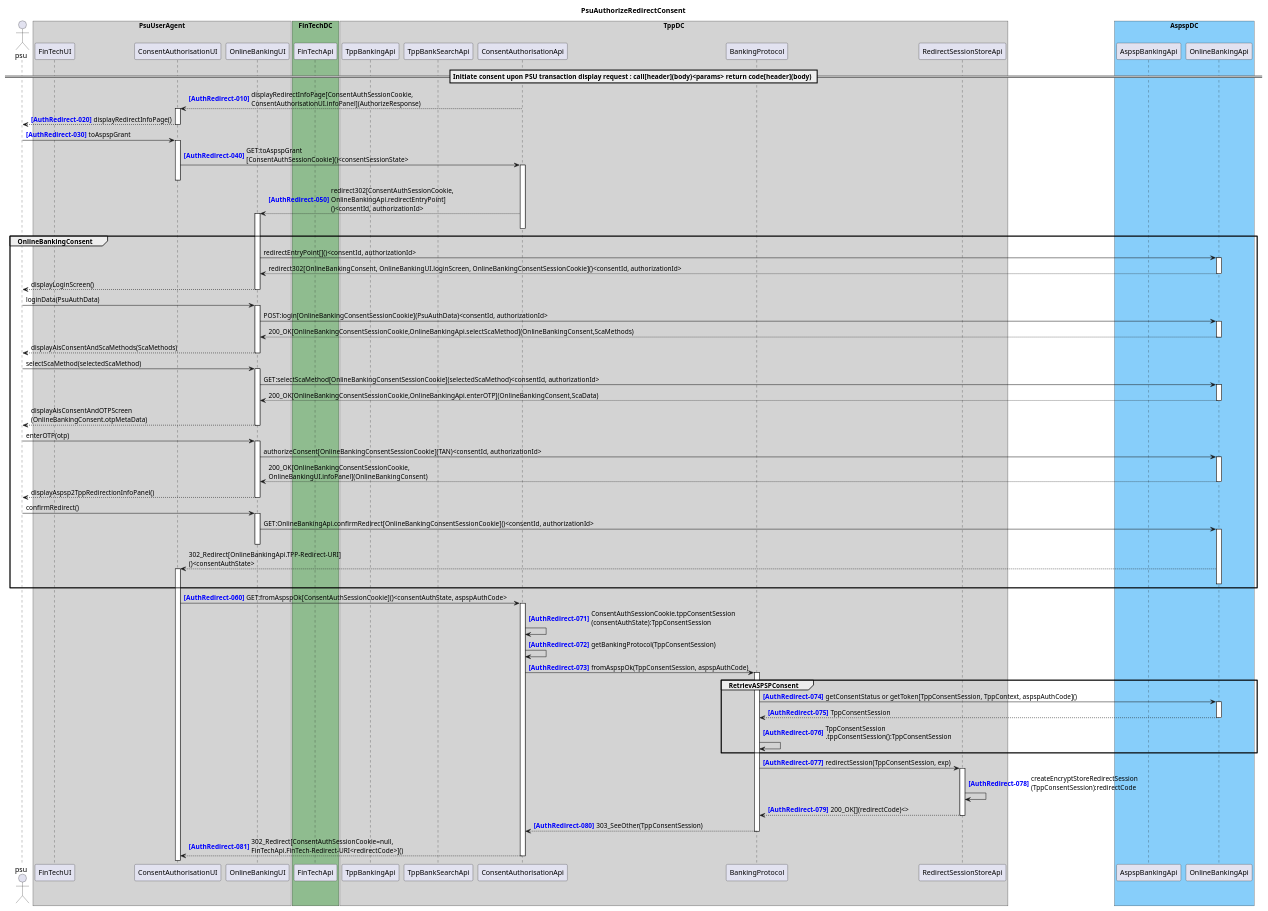
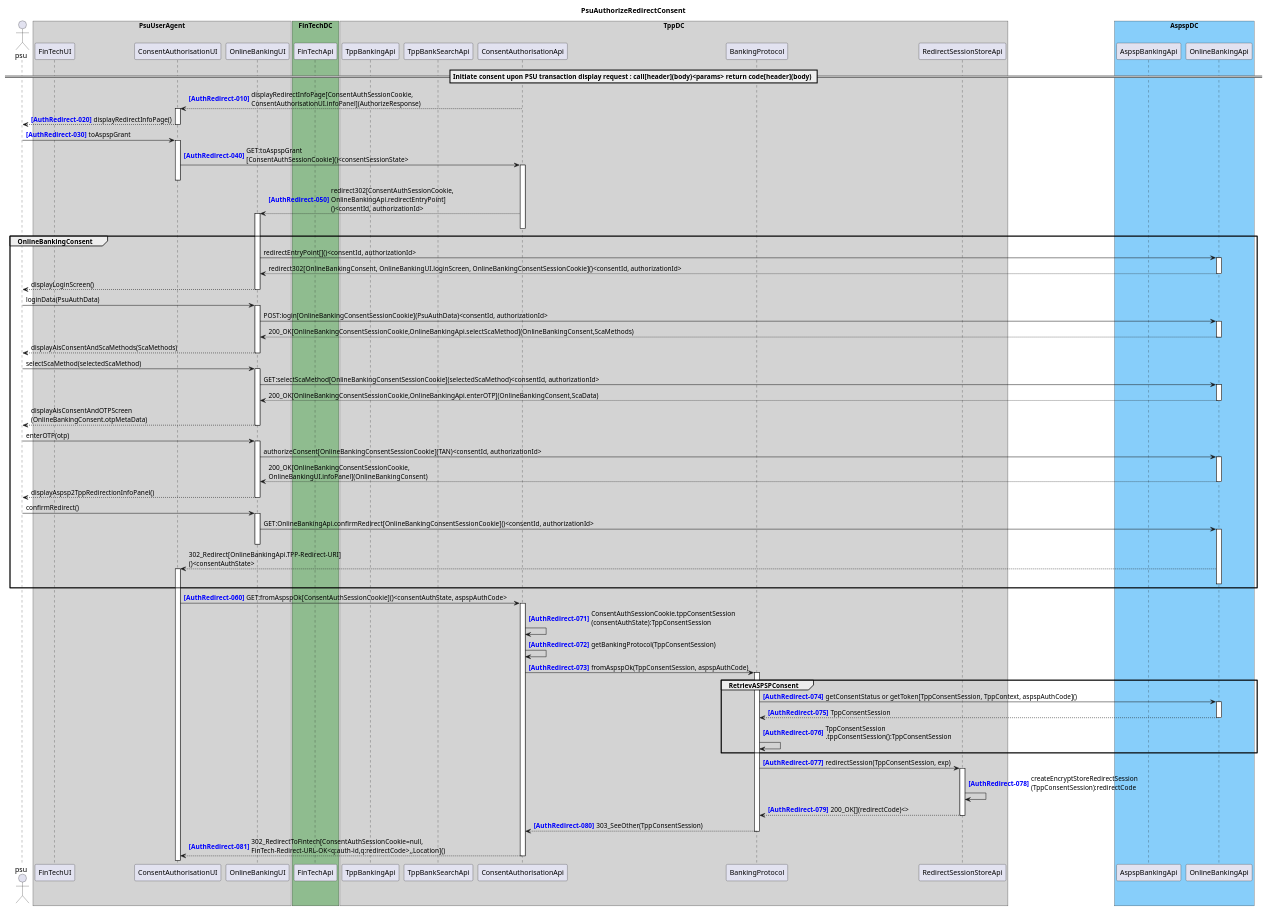
The diagram in docs/architecture/diagrams/useCases/5b-psuAuthRedirectConsent.puml (adorsys/open-banking-gateway), drawn with PlantUML before and after one commit. The commit also changed 11 other files, not shown here.

```diff
--- a/docs/architecture/diagrams/useCases/5b-psuAuthRedirectConsent.puml
+++ b/docs/architecture/diagrams/useCases/5b-psuAuthRedirectConsent.puml
@@ -1,79 +1,79 @@
 @startuml
 title PsuAuthorizeRedirectConsent
 autonumber 10 10 "<b><color blue>[AuthRedirect-000]</color></b>"
 actor psu
 
 box "PsuUserAgent" #LightGray
     participant "FinTechUI" as FinTechUI
     participant "ConsentAuthorisationUI" as ConsentAuthorisationUI
     participant "OnlineBankingUI" as OnlineBankingUI
 end box
 box "FinTechDC" #DarkSeaGreen
     participant "FinTechApi" as FinTechApi
 end box
 box "TppDC" #LightGray
     participant "TppBankingApi" as TppBankingApi
     participant "TppBankSearchApi" as TppBankSearchApi
     participant "ConsentAuthorisationApi" as ConsentAuthorisationApi
 
     participant "BankingProtocol" as BankingProtocol
     participant "RedirectSessionStoreApi" as RedirectSessionStoreApi
 end box
 box "AspspDC" #LightSkyBlue
 	participant "AspspBankingApi" as AspspBankingApi
     participant "OnlineBankingApi" as OnlineBankingApi
 end box
 
 == Initiate consent upon PSU transaction display request : call[header](body)<params> return code[header](body) ==
 
 ConsentAuthorisationApi --> ConsentAuthorisationUI ++ : displayRedirectInfoPage[ConsentAuthSessionCookie,\nConsentAuthorisationUI.infoPanel](AuthorizeResponse)
 ConsentAuthorisationUI --> psu : displayRedirectInfoPage()
 deactivate ConsentAuthorisationUI
 psu -> ConsentAuthorisationUI ++ : toAspspGrant
 ConsentAuthorisationUI -> ConsentAuthorisationApi ++ : GET:toAspspGrant\n[ConsentAuthSessionCookie]()<consentSessionState>
 deactivate ConsentAuthorisationUI
 ConsentAuthorisationApi --> OnlineBankingUI ++ : redirect302[ConsentAuthSessionCookie,\nOnlineBankingApi.redirectEntryPoint]\n()<consentId, authorizationId>
 deactivate ConsentAuthorisationApi
 autonumber stop
 group OnlineBankingConsent
     OnlineBankingUI -> OnlineBankingApi ++ : redirectEntryPoint[]()<consentId, authorizationId>
     return redirect302[OnlineBankingConsent, OnlineBankingUI.loginScreen, OnlineBankingConsentSessionCookie]()<consentId, authorizationId>
     OnlineBankingUI --> psu : displayLoginScreen()
     deactivate OnlineBankingUI
     psu -> OnlineBankingUI ++ : loginData(PsuAuthData)
     OnlineBankingUI -> OnlineBankingApi ++ : POST:login[OnlineBankingConsentSessionCookie](PsuAuthData)<consentId, authorizationId> 
     return 200_OK[OnlineBankingConsentSessionCookie,OnlineBankingApi.selectScaMethod](OnlineBankingConsent,ScaMethods)
     return displayAisConsentAndScaMethods(ScaMethods)
     psu -> OnlineBankingUI ++ : selectScaMethod(selectedScaMethod)
     OnlineBankingUI -> OnlineBankingApi ++ : GET:selectScaMethod[OnlineBankingConsentSessionCookie](selectedScaMethod)<consentId, authorizationId> 
     return 200_OK[OnlineBankingConsentSessionCookie,OnlineBankingApi.enterOTP](OnlineBankingConsent,ScaData)
     return displayAisConsentAndOTPScreen\n(OnlineBankingConsent.otpMetaData)
     psu -> OnlineBankingUI ++ : enterOTP(otp)
     OnlineBankingUI -> OnlineBankingApi ++ : authorizeConsent[OnlineBankingConsentSessionCookie](TAN)<consentId, authorizationId> 
     return 200_OK[OnlineBankingConsentSessionCookie,\nOnlineBankingUI.infoPanel](OnlineBankingConsent)
     OnlineBankingUI --> psu : displayAspsp2TppRedirectionInfoPanel()
     deactivate OnlineBankingUI
     psu -> OnlineBankingUI ++ : confirmRedirect()
     OnlineBankingUI -> OnlineBankingApi ++ : GET:OnlineBankingApi.confirmRedirect[OnlineBankingConsentSessionCookie]()<consentId, authorizationId>
     deactivate OnlineBankingUI
     OnlineBankingApi --> ConsentAuthorisationUI ++ : 302_Redirect[OnlineBankingApi.TPP-Redirect-URI]\n()<consentAuthState>
     deactivate OnlineBankingApi
 end
 autonumber resume
 activate ConsentAuthorisationUI
 ConsentAuthorisationUI -> ConsentAuthorisationApi ++ : GET:fromAspspOk[ConsentAuthSessionCookie]()<consentAuthState, aspspAuthCode>
 autonumber 71 1 "<b><color blue>[AuthRedirect-000]"
 ConsentAuthorisationApi -> ConsentAuthorisationApi : ConsentAuthSessionCookie.tppConsentSession\n(consentAuthState):TppConsentSession
 ConsentAuthorisationApi -> ConsentAuthorisationApi : getBankingProtocol(TppConsentSession)
 ConsentAuthorisationApi -> BankingProtocol ++ : fromAspspOk(TppConsentSession, aspspAuthCode)
 group RetrievASPSPConsent
 BankingProtocol -> OnlineBankingApi ++ : getConsentStatus or getToken[TppConsentSession, TppContext, aspspAuthCode]()
 return TppConsentSession
 BankingProtocol -> BankingProtocol : TppConsentSession\n.tppConsentSession():TppConsentSession
 end
 BankingProtocol -> RedirectSessionStoreApi ++ : redirectSession(TppConsentSession, exp)
 RedirectSessionStoreApi -> RedirectSessionStoreApi : createEncryptStoreRedirectSession\n(TppConsentSession):redirectCode
 return 200_OK[](redirectCode)<>
 return 303_SeeOther(TppConsentSession)
-return 302_Redirect[ConsentAuthSessionCookie=null,\nFinTechApi.FinTech-Redirect-URI<redirectCode>]()
+return 302_RedirectToFintech[ConsentAuthSessionCookie=null,\nFinTech-Redirect-URL-OK<q:auth-id,q:redirectCode>,,Location]()
 @enduml
```
